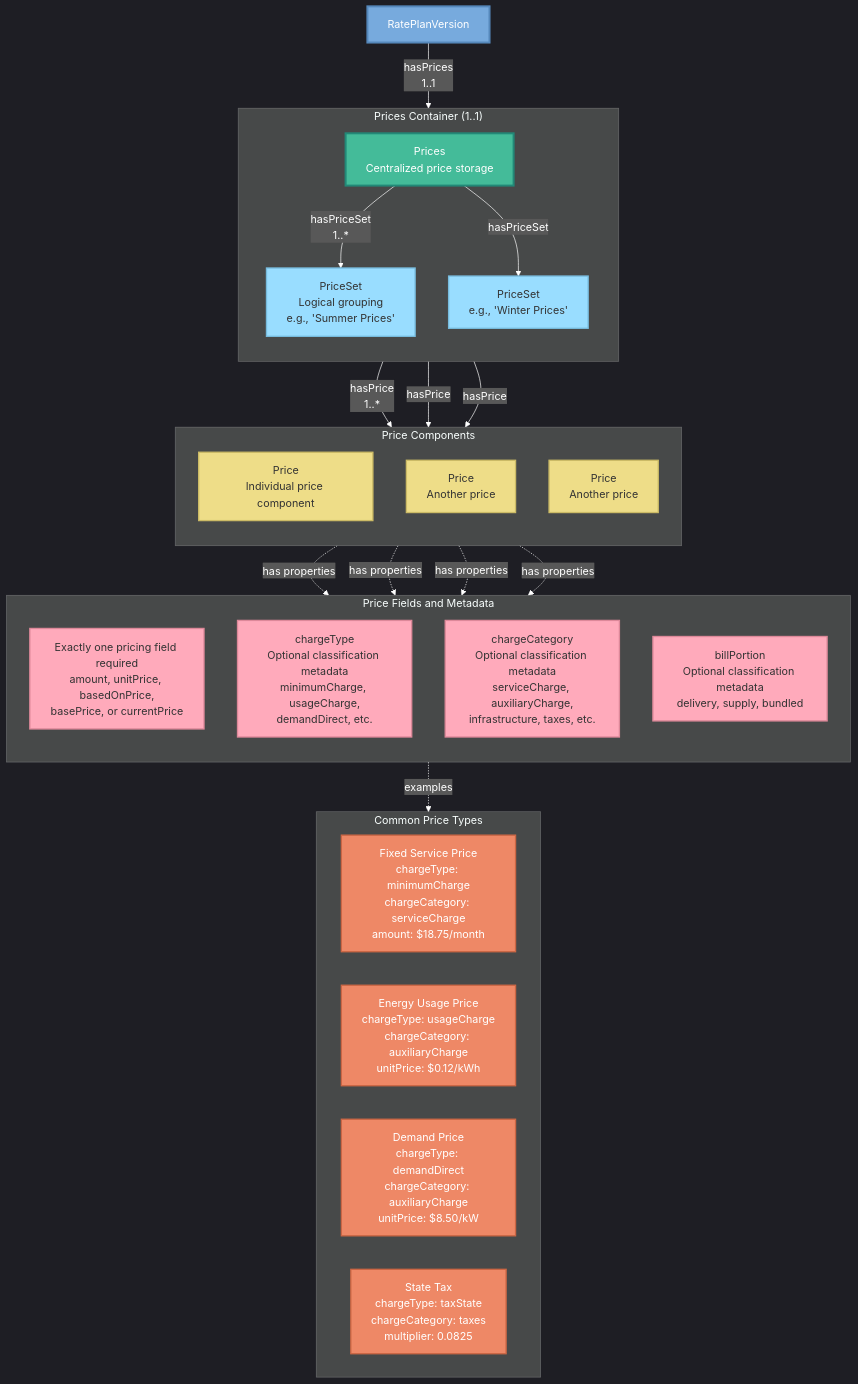
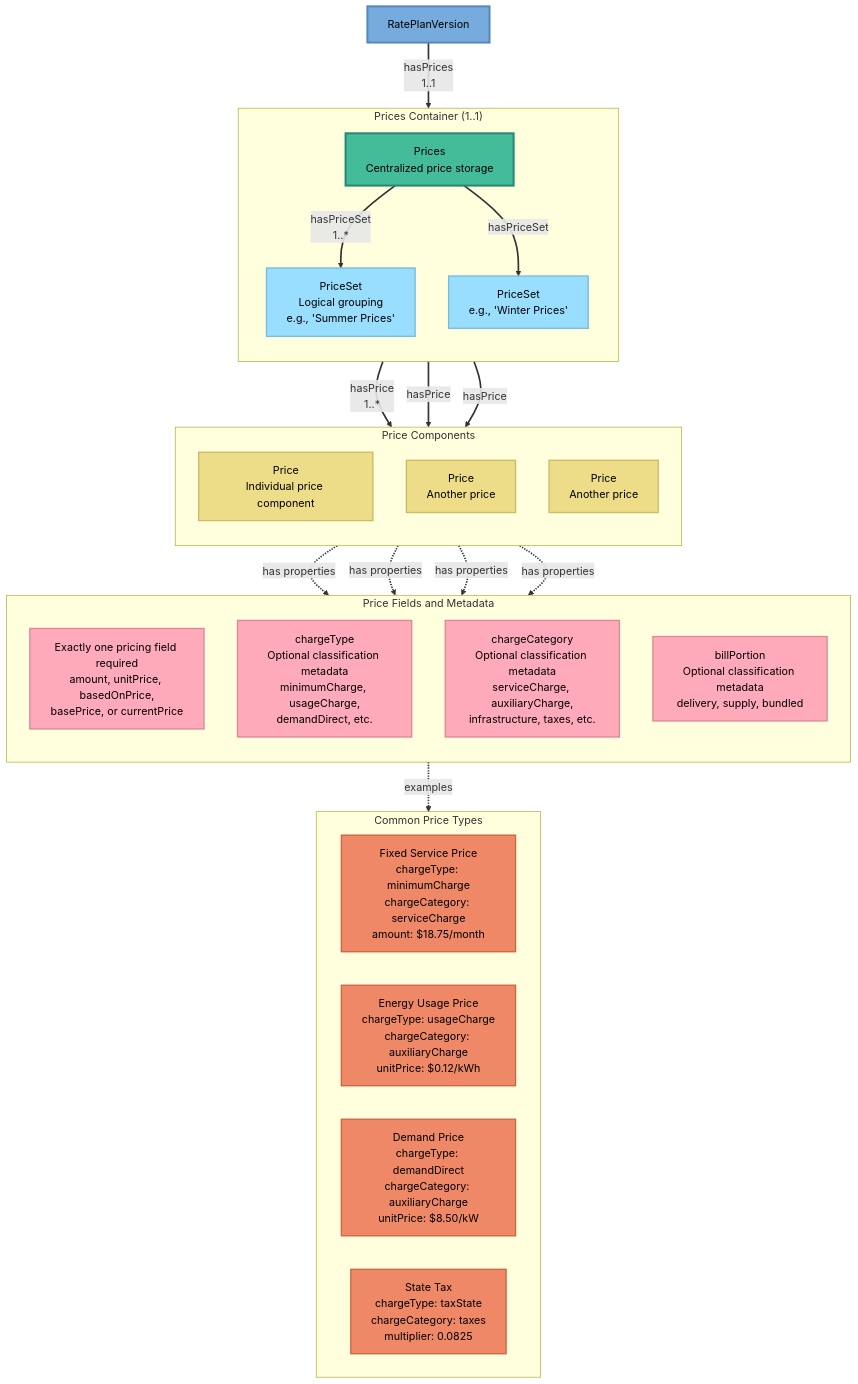
The diagram in documentation/diagrams/urpx-price-structure-diagram.mmd (urpx-org/urpx), drawn with Mermaid before and after one commit. The commit also changed 65 other files, not shown here.

```diff
--- a/documentation/diagrams/urpx-price-structure-diagram.mmd
+++ b/documentation/diagrams/urpx-price-structure-diagram.mmd
@@ -1,89 +1,90 @@
 %% SPDX-FileCopyrightText: Flux Tailor LLC
 %% SPDX-License-Identifier: W3C-20150513
 
 %% URPX Price Structure Diagram
 %% Shows: Prices → PriceSet → Price hierarchy
 %% Created: January 26, 2026
 %% Paul Tol 2.7 Light color scheme
-
-%%{init: {'theme':'dark', 'themeVariables': { 'darkMode':'true', 'background':'#000000', 'primaryColor':'#77AADD', 'primaryTextColor':'#ffffff', 'primaryBorderColor':'#5588BB', 'lineColor':'#ffffff', 'secondaryColor':'#44BB99', 'tertiaryColor':'#EE8866', 'textColor':'#ffffff', 'nodeTextColor':'#ffffff'}}}%%
 
 graph TB
     
     RPVersion[RatePlanVersion]
     
     %% Prices Container
     subgraph PricesContainer["Prices Container (1..1)"]
         direction TB
         Prices[Prices<br/>Centralized price storage]
         
         PriceSet1[PriceSet<br/>Logical grouping<br/>e.g., 'Summer Prices']
         PriceSet2[PriceSet<br/>e.g., 'Winter Prices']
         
         Prices -->|hasPriceSet<br/>1..*| PriceSet1
         Prices -->|hasPriceSet| PriceSet2
     end
     
     %% Price Components
     subgraph PriceComponents["Price Components"]
         direction TB
         
         Price1[Price<br/>Individual price component]
         Price2[Price<br/>Another price]
         Price3[Price<br/>Another price]
         
         PriceSet1 -->|hasPrice<br/>1..*| Price1
         PriceSet1 -->|hasPrice| Price2
         PriceSet1 -->|hasPrice| Price3
     end
     
     %% Price Properties
     subgraph PriceProps["Price Fields and Metadata"]
         direction TB
         
         PricingField[Exactly one pricing field required<br/>amount, unitPrice, basedOnPrice,<br/>basePrice, or currentPrice]
         
         ChargeType[chargeType<br/>Optional classification metadata<br/>minimumCharge, usageCharge,<br/>demandDirect, etc.]
         
         ChargeCategory[chargeCategory<br/>Optional classification metadata<br/>serviceCharge, auxiliaryCharge,<br/>infrastructure, taxes, etc.]
         
         BillPortion[billPortion<br/>Optional classification metadata<br/>delivery, supply, bundled]
     end
     
     %% Price Types Examples
     subgraph PriceExamples["Common Price Types"]
         direction LR
         
         Ex1[Fixed Service Price<br/>chargeType: minimumCharge<br/>chargeCategory: serviceCharge<br/>amount: $18.75/month]
         
         Ex2[Energy Usage Price<br/>chargeType: usageCharge<br/>chargeCategory: auxiliaryCharge<br/>unitPrice: $0.12/kWh]
         
         Ex3[Demand Price<br/>chargeType: demandDirect<br/>chargeCategory: auxiliaryCharge<br/>unitPrice: $8.50/kW]
         
         Ex4[State Tax<br/>chargeType: taxState<br/>chargeCategory: taxes<br/>multiplier: 0.0825]
     end
     
     %% Connections
     RPVersion -->|hasPrices<br/>1..1| Prices
     
     Price1 -.->|has properties| ChargeType
     Price1 -.->|has properties| ChargeCategory
     Price1 -.->|has properties| BillPortion
     Price1 -.->|has properties| PricingField
     
     PriceProps -.->|examples| PriceExamples
     
     %% Styling - Paul Tol 2.7 Light colors
-    classDef versionClass fill:#77AADD,stroke:#5588BB,stroke-width:3px,color:#fff
-    classDef containerClass fill:#44BB99,stroke:#228877,stroke-width:3px,color:#fff
-    classDef priceSetClass fill:#99DDFF,stroke:#77BBDD,stroke-width:2px,color:#333
-    classDef priceClass fill:#EEDD88,stroke:#CCBB66,stroke-width:2px,color:#333
-    classDef propClass fill:#FFAABB,stroke:#DD8899,stroke-width:2px,color:#333
-    classDef exampleClass fill:#EE8866,stroke:#CC6644,stroke-width:2px,color:#fff
+    classDef versionClass fill:#77AADD,stroke:#5588BB,stroke-width:3px,color:#000
+    classDef containerClass fill:#44BB99,stroke:#228877,stroke-width:3px,color:#000
+    classDef priceSetClass fill:#99DDFF,stroke:#77BBDD,stroke-width:2px,color:#000
+    classDef priceClass fill:#EEDD88,stroke:#CCBB66,stroke-width:2px,color:#000
+    classDef propClass fill:#FFAABB,stroke:#DD8899,stroke-width:2px,color:#000
+    classDef exampleClass fill:#EE8866,stroke:#CC6644,stroke-width:2px,color:#000
     
     class RPVersion versionClass
     class Prices containerClass
     class PriceSet1,PriceSet2 priceSetClass
     class Price1,Price2,Price3 priceClass
     class PricingField,ChargeType,ChargeCategory,BillPortion propClass
     class Ex1,Ex2,Ex3,Ex4 exampleClass
+
+    %% Edge stroke width, matched to the documentation site
+    linkStyle default stroke-width:2.5px
```
